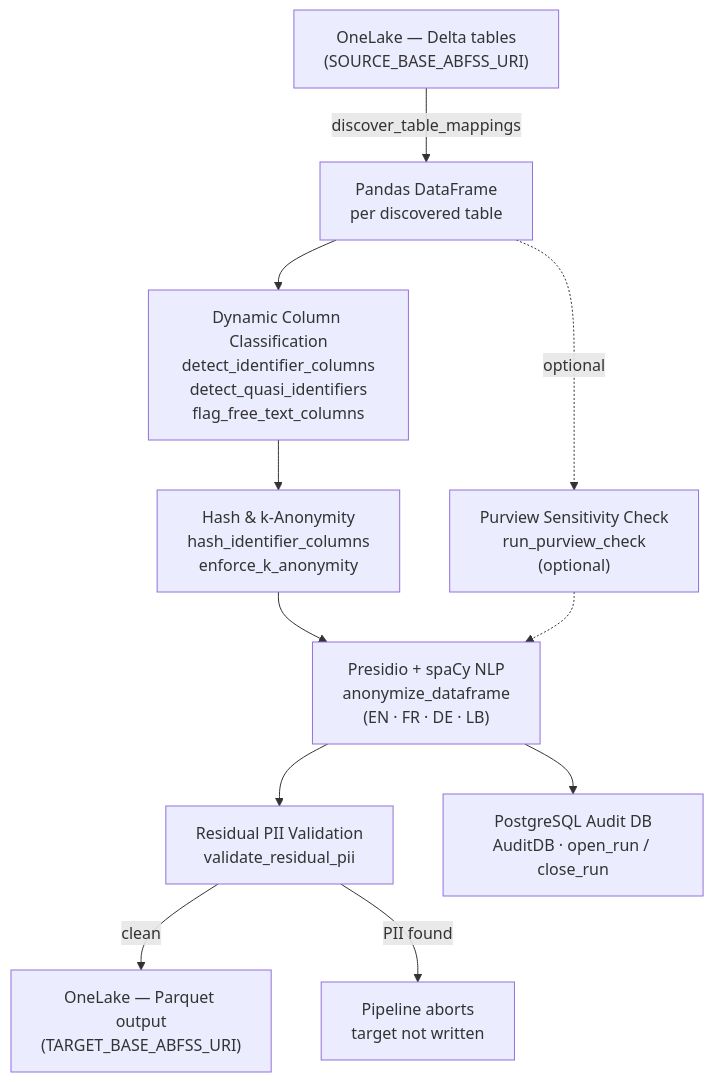
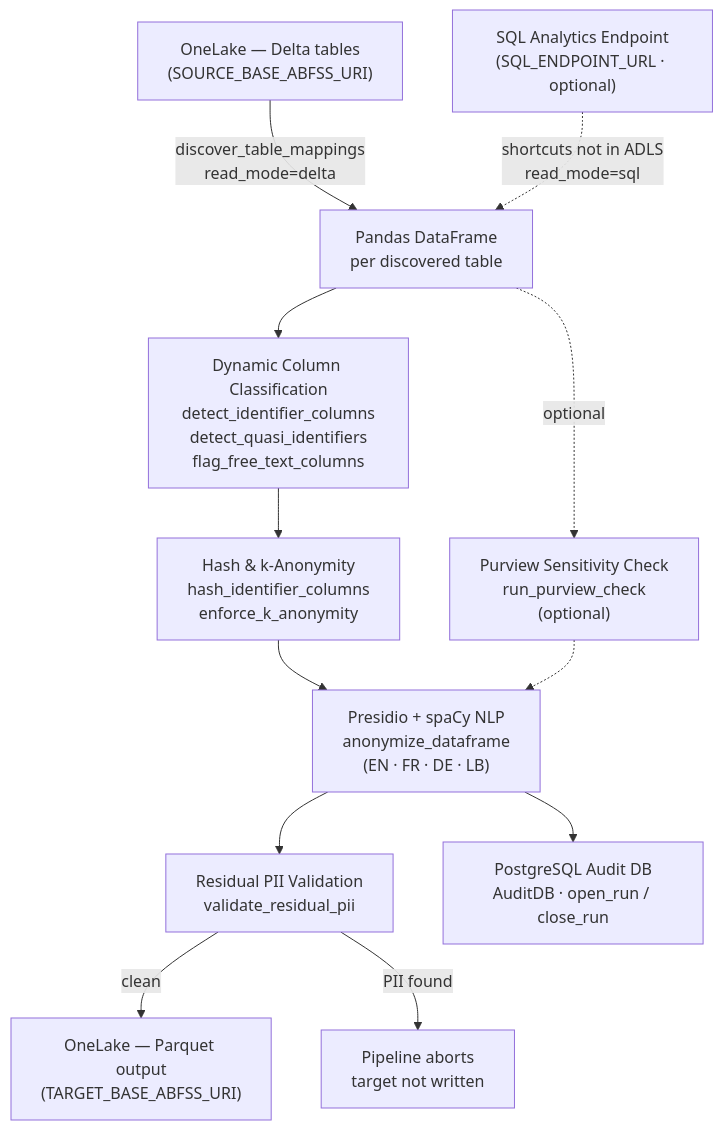
Before and after one commit to scardoso-lu/data-hide: the diagram in README.md, drawn with Mermaid. The commit also changed other lines of this file and 7 other files, not shown here.

First line of the commit message:
feat: add SQL Analytics Endpoint discovery for Fabric shortcuts

````diff
--- a/README.md
+++ b/README.md
@@ -11,24 +11,26 @@
 ```mermaid
 flowchart TD
     A["OneLake — Delta tables\n(SOURCE_BASE_ABFSS_URI)"]
+    A2["SQL Analytics Endpoint\n(SQL_ENDPOINT_URL · optional)"]
     B["Pandas DataFrame\nper discovered table"]
     C["Dynamic Column Classification\ndetect_identifier_columns\ndetect_quasi_identifiers\nflag_free_text_columns"]
     D["Hash & k-Anonymity\nhash_identifier_columns\nenforce_k_anonymity"]
     E["Presidio + spaCy NLP\nanonymize_dataframe\n(EN · FR · DE · LB)"]
     F["Purview Sensitivity Check\nrun_purview_check\n(optional)"]
     G["Residual PII Validation\nvalidate_residual_pii"]
     H["OneLake — Parquet output\n(TARGET_BASE_ABFSS_URI)"]
     I["Pipeline aborts\ntarget not written"]
     J["PostgreSQL Audit DB\nAuditDB · open_run / close_run"]
 
-    A -->|"discover_table_mappings"| B
+    A -->|"discover_table_mappings\nread_mode=delta"| B
+    A2 -.->|"shortcuts not in ADLS\nread_mode=sql"| B
     B --> C
     C --> D
     D --> E
     B -.->|optional| F
     F -.-> E
     E --> G
     G -->|clean| H
     G -->|PII found| I
     E --> J
 ```
````
